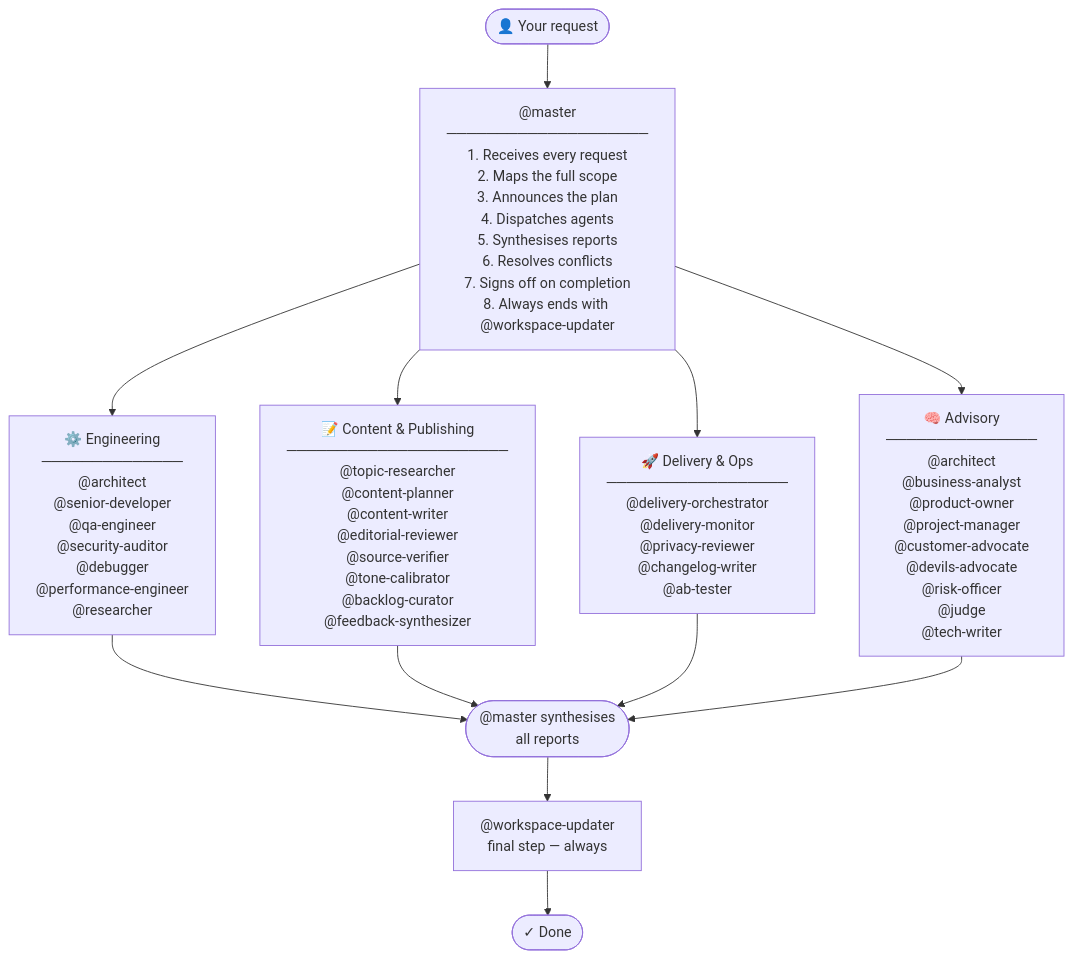
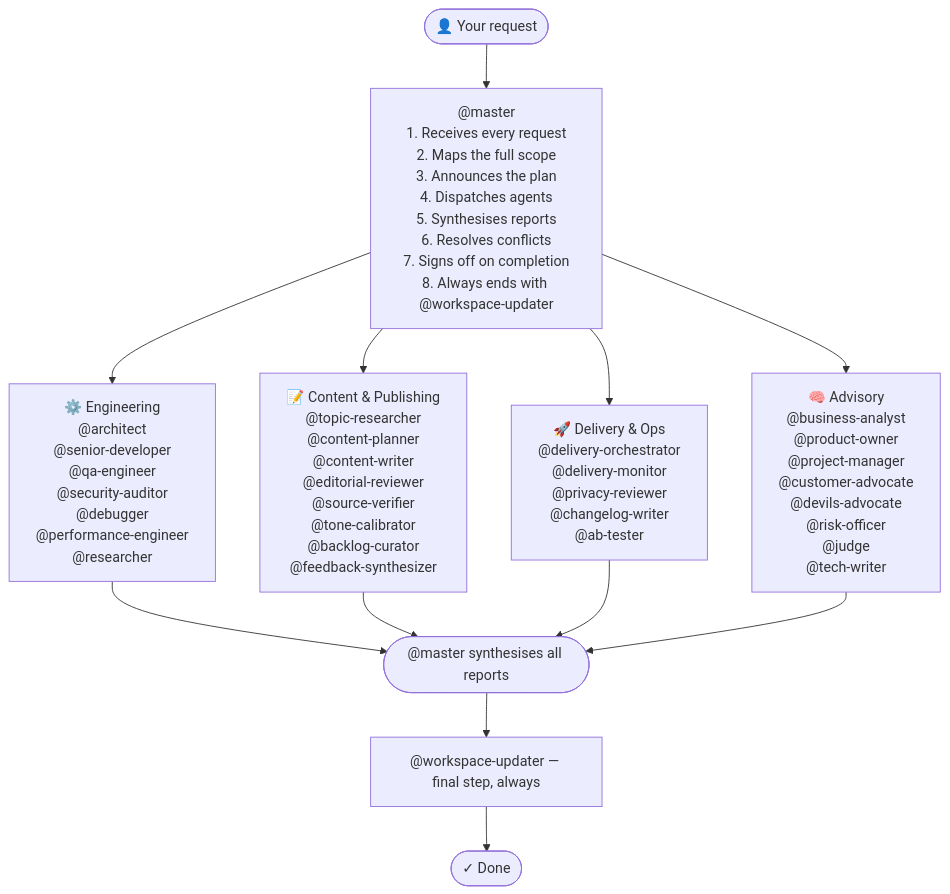
The diagram in README.md (Konstantinos-Sakellariou/claude-team-kit), drawn with Mermaid before and after one commit. The commit also changed 1 other file, not shown here.

Commit message:
fix(docs): correct Mermaid parse errors in workflow diagrams
{["..."]} is invalid Mermaid — diamond nodes cannot contain bracket
notation. Replace with {"..."} throughout. Also remove Unicode box-
drawing characters from node labels which can cause rendering issues
on some Mermaid versions. Simplify the README hub diagram labels for
the same reason.

Fixes: Workflow 2 line 23, Workflow 3 line 56 parse errors on GitHub.

````diff
--- a/README.md
+++ b/README.md
@@ -36,23 +36,23 @@
 ```mermaid
 flowchart TD
     USER(["👤 Your request"])
     USER --> MASTER
 
-    MASTER["@master\n────────────────────\n1. Receives every request\n2. Maps the full scope\n3. Announces the plan\n4. Dispatches agents\n5. Synthesises reports\n6. Resolves conflicts\n7. Signs off on completion\n8. Always ends with @workspace-updater"]
+    MASTER["@master\n1. Receives every request\n2. Maps the full scope\n3. Announces the plan\n4. Dispatches agents\n5. Synthesises reports\n6. Resolves conflicts\n7. Signs off on completion\n8. Always ends with @workspace-updater"]
 
-    MASTER --> ENG["⚙️ Engineering\n──────────────\n@architect\n@senior-developer\n@qa-engineer\n@security-auditor\n@debugger\n@performance-engineer\n@researcher"]
+    MASTER --> ENG["⚙️ Engineering\n@architect\n@senior-developer\n@qa-engineer\n@security-auditor\n@debugger\n@performance-engineer\n@researcher"]
 
-    MASTER --> CONT["📝 Content & Publishing\n──────────────────────\n@topic-researcher\n@content-planner\n@content-writer\n@editorial-reviewer\n@source-verifier\n@tone-calibrator\n@backlog-curator\n@feedback-synthesizer"]
+    MASTER --> CONT["📝 Content & Publishing\n@topic-researcher\n@content-planner\n@content-writer\n@editorial-reviewer\n@source-verifier\n@tone-calibrator\n@backlog-curator\n@feedback-synthesizer"]
 
-    MASTER --> DELIV["🚀 Delivery & Ops\n──────────────────\n@delivery-orchestrator\n@delivery-monitor\n@privacy-reviewer\n@changelog-writer\n@ab-tester"]
+    MASTER --> DELIV["🚀 Delivery & Ops\n@delivery-orchestrator\n@delivery-monitor\n@privacy-reviewer\n@changelog-writer\n@ab-tester"]
 
-    MASTER --> ADV["🧠 Advisory\n───────────────\n@architect\n@business-analyst\n@product-owner\n@project-manager\n@customer-advocate\n@devils-advocate\n@risk-officer\n@judge\n@tech-writer"]
+    MASTER --> ADV["🧠 Advisory\n@business-analyst\n@product-owner\n@project-manager\n@customer-advocate\n@devils-advocate\n@risk-officer\n@judge\n@tech-writer"]
 
-    ENG --> SYNTH(["@master synthesises\nall reports"])
+    ENG --> SYNTH(["@master synthesises all reports"])
     CONT --> SYNTH
     DELIV --> SYNTH
     ADV --> SYNTH
 
-    SYNTH --> WU["@workspace-updater\nfinal step — always"]
+    SYNTH --> WU["@workspace-updater — final step, always"]
     WU --> DONE(["✓ Done"])
 ```
````
